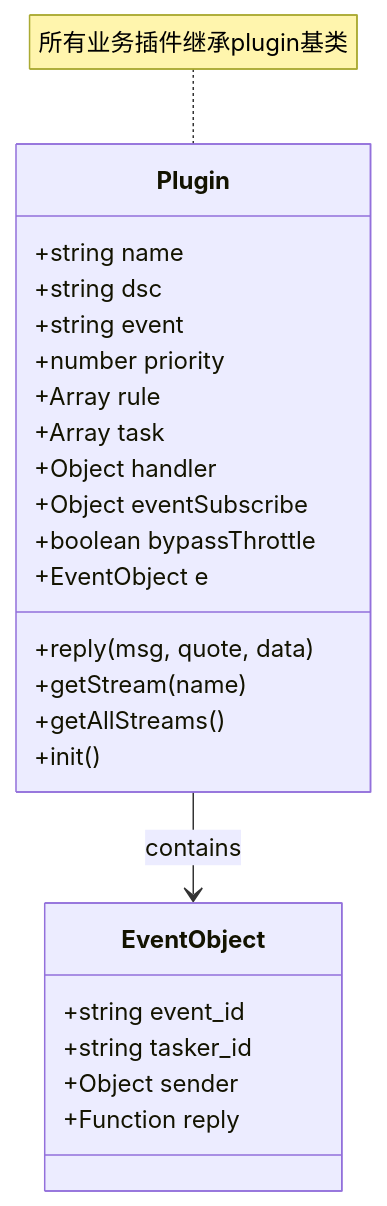
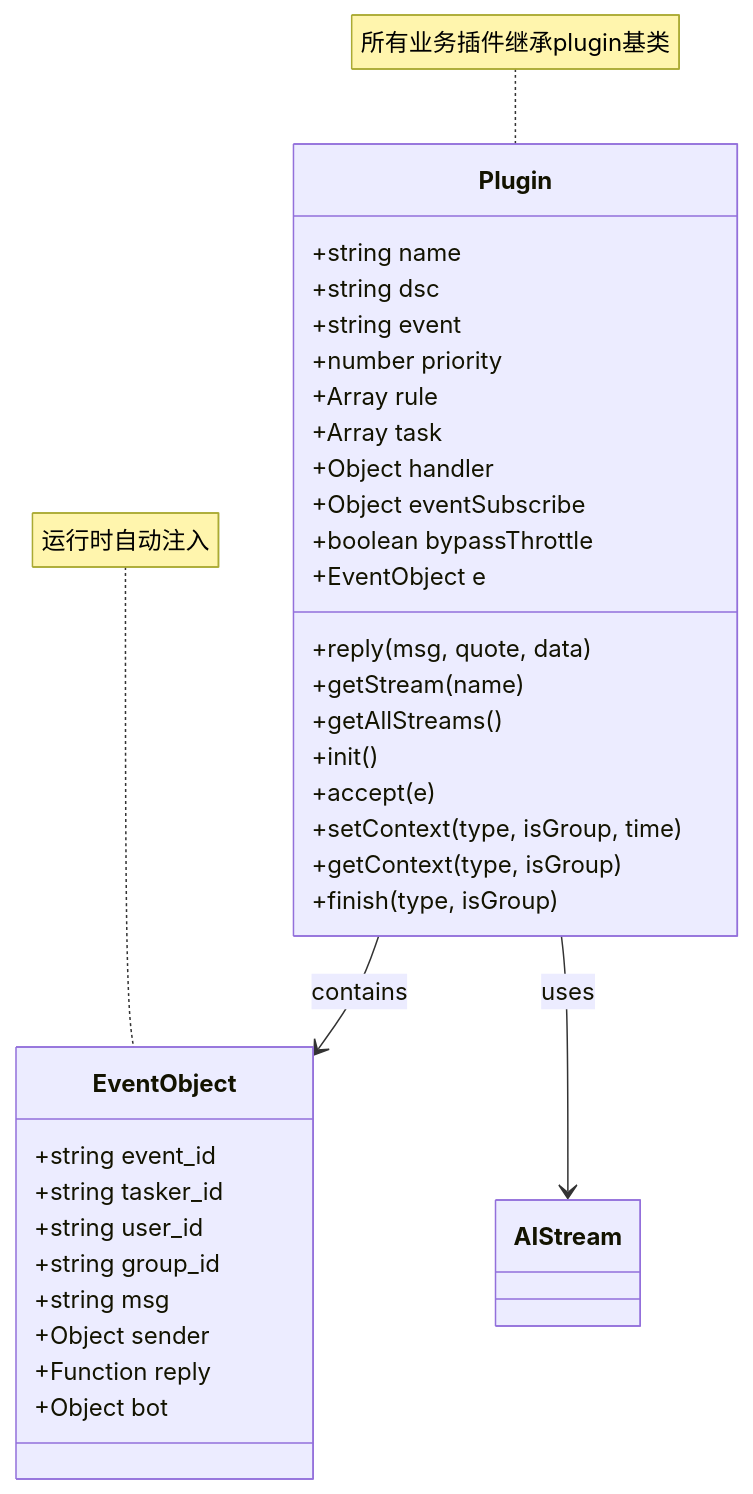
The first of 3 diagrams in docs/plugin-base.md (sunflowermm/XRK-AGT), drawn with Mermaid before and after one commit. The commit also changed other lines of this file and 4 other files, not shown here.

````diff
--- a/docs/plugin-base.md
+++ b/docs/plugin-base.md
@@ -23,29 +23,39 @@
 ```mermaid
 classDiagram
     class Plugin {
         +string name
         +string dsc
         +string event
         +number priority
         +Array rule
         +Array task
         +Object handler
         +Object eventSubscribe
         +boolean bypassThrottle
         +EventObject e
         +reply(msg, quote, data)
         +getStream(name)
         +getAllStreams()
         +init()
+        +accept(e)
+        +setContext(type, isGroup, time)
+        +getContext(type, isGroup)
+        +finish(type, isGroup)
     }
     
     class EventObject {
         +string event_id
         +string tasker_id
+        +string user_id
+        +string group_id
+        +string msg
         +Object sender
         +Function reply
+        +Object bot
     }
     
     Plugin --> EventObject : contains
+    Plugin --> AIStream : uses
     note for Plugin "所有业务插件继承plugin基类"
+    note for EventObject "运行时自动注入"
 ```
````
